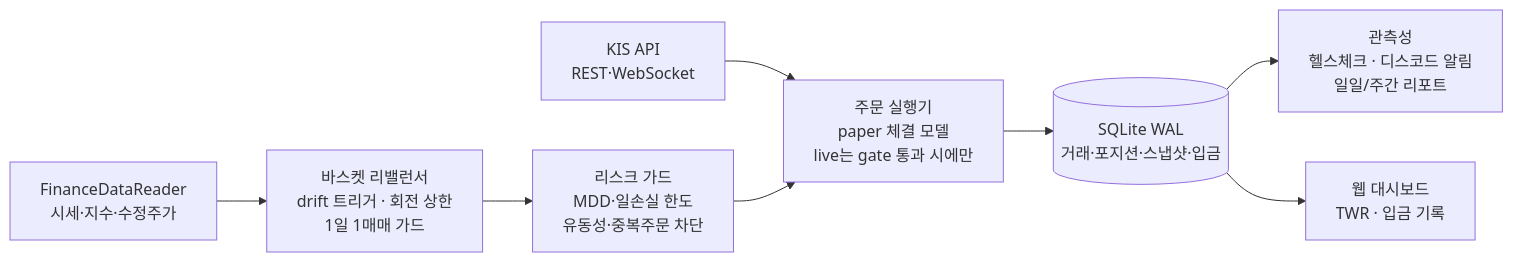
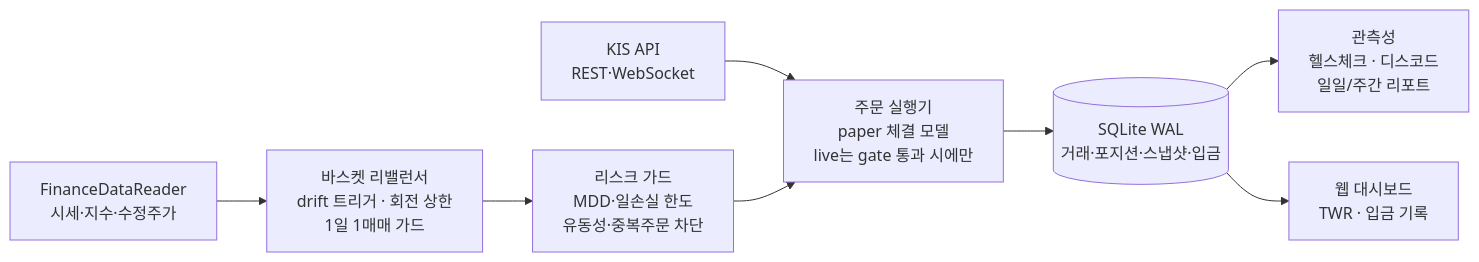
Before and after one commit to easygap/quant_trader: the first of 2 diagrams in README.md, drawn with Mermaid. The commit also changed other lines of this file and 1 other file, not shown here.

````diff
--- a/README.md
+++ b/README.md
@@ -32,10 +49,10 @@
 ```mermaid
 flowchart LR
     FDR["FinanceDataReader<br/>시세·지수·수정주가"] --> RB
     KIS["KIS API<br/>REST·WebSocket"] --> EX
     RB["바스켓 리밸런서<br/>drift 트리거 · 회전 상한<br/>1일 1매매 가드"] --> RG
     RG["리스크 가드<br/>MDD·일손실 한도<br/>유동성·중복주문 차단"] --> EX
     EX["주문 실행기<br/>paper 체결 모델<br/>live는 gate 통과 시에만"] --> DB[("SQLite WAL<br/>거래·포지션·스냅샷·입금")]
-    DB --> OBS["관측성<br/>헬스체크 · 디스코드 알림<br/>일일/주간 리포트"]
+    DB --> OBS["관측성<br/>헬스체크 · 디스코드<br/>일일/주간 리포트"]
     DB --> WEB["웹 대시보드<br/>TWR · 입금 기록"]
 ```
````
